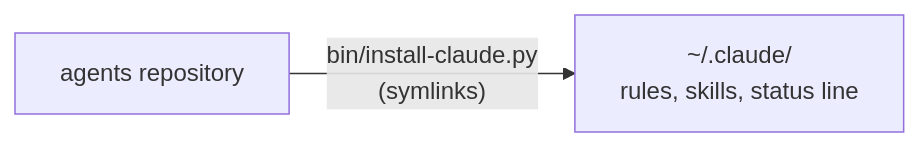
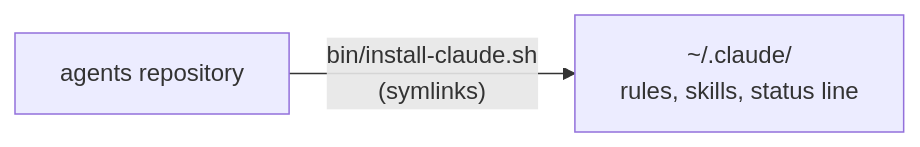
The diagram in docs/concepts.md (bnomis/agents), drawn with Mermaid before and after one commit. The commit also changed other lines of this file and 9 other files, not shown here.

First line of the commit message:
build: install with the shared install-in-claude

````diff
--- a/docs/concepts.md
+++ b/docs/concepts.md
@@ -7,6 +7,6 @@
 ```mermaid
 flowchart LR
     repo["agents repository"]
     home["~/.claude/<br>rules, skills, status line"]
-    repo -- "bin/install-claude.py<br>(symlinks)" --> home
+    repo -- "bin/install-claude.sh<br>(symlinks)" --> home
 ```
````
